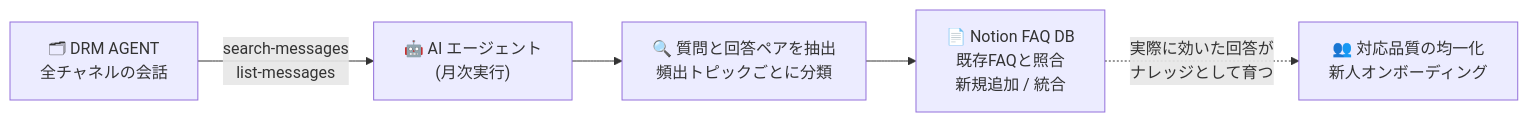
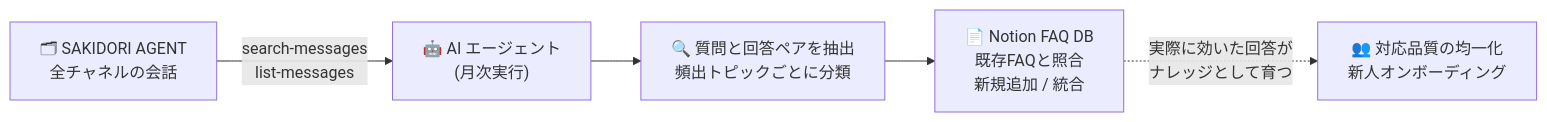
Before and after one commit to line-ec-lea/drm-agent-skills: the fourth of 5 diagrams in examples/notion-usecases.md, drawn with Mermaid. The commit also changed other lines of this file and 11 other files, not shown here.

First line of the commit message:
docs: サービス名を SAKIDORI AGENT に変更する

````diff
--- a/examples/notion-usecases.md
+++ b/examples/notion-usecases.md
@@ -162,7 +162,7 @@
 ```mermaid
 flowchart LR
-    A["🗂 DRM AGENT<br/>全チャネルの会話"] -- "search-messages<br/>list-messages" --> B["🤖 AI エージェント<br/>(月次実行)"]
+    A["🗂 SAKIDORI AGENT<br/>全チャネルの会話"] -- "search-messages<br/>list-messages" --> B["🤖 AI エージェント<br/>(月次実行)"]
     B --> C["🔍 質問と回答ペアを抽出<br/>頻出トピックごとに分類"]
     C --> D["📄 Notion FAQ DB<br/>既存FAQと照合<br/>新規追加 / 統合"]
     D -. "実際に効いた回答が<br/>ナレッジとして育つ" .-> E["👥 対応品質の均一化<br/>新人オンボーディング"]
 ```
````
